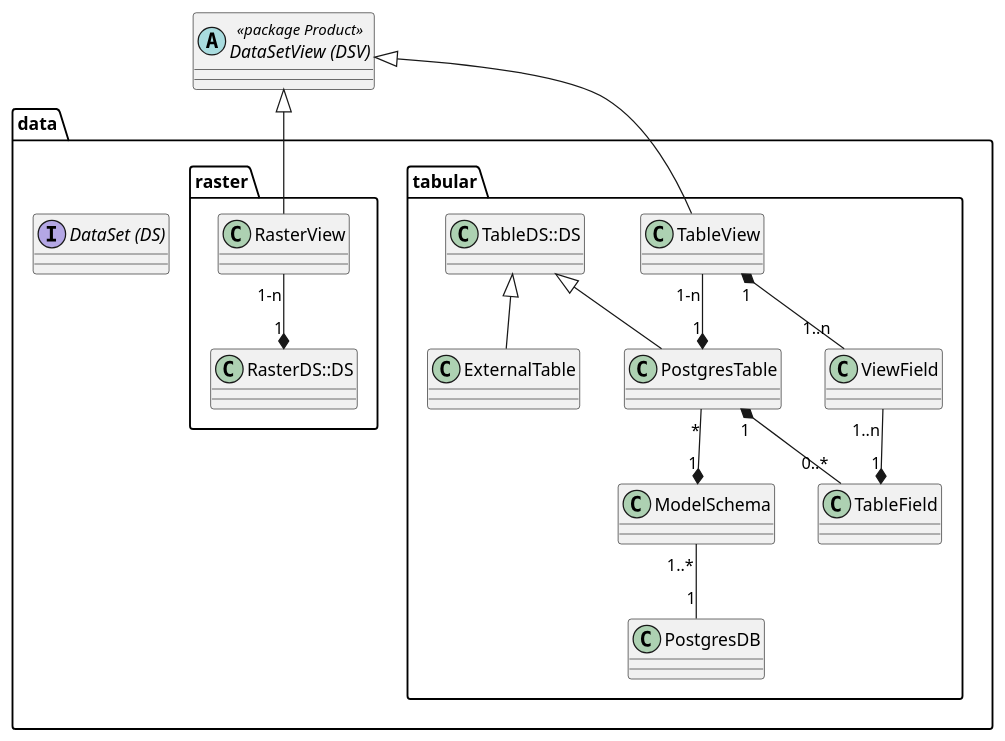
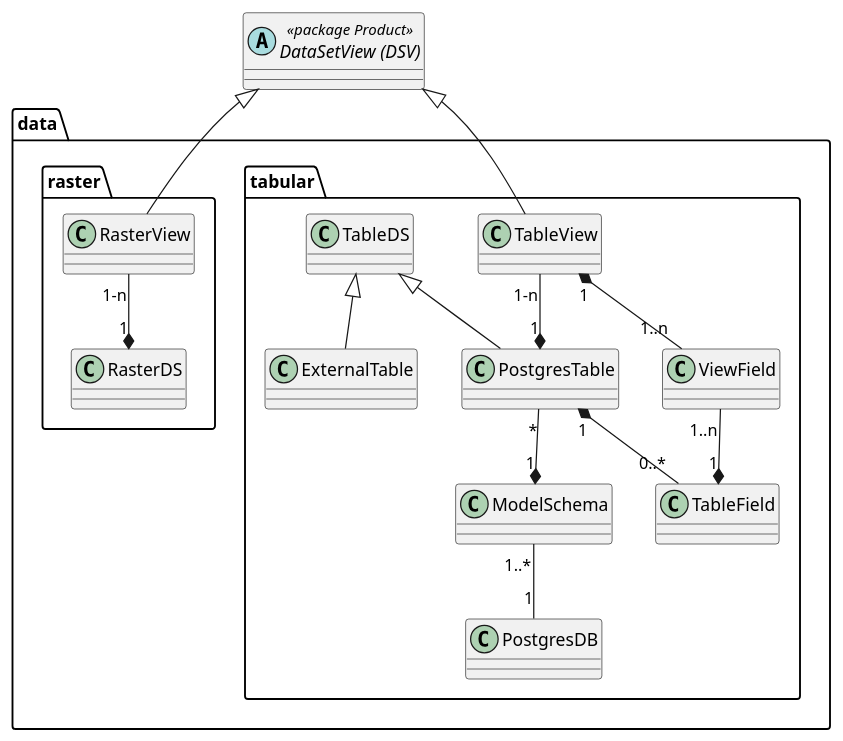
The diagram in code/doc/puml/src/data.puml (sogis/simi), drawn with PlantUML before and after one commit. The commit also changed 3 other files, not shown here.

```diff
--- a/code/doc/puml/src/data.puml
+++ b/code/doc/puml/src/data.puml
@@ -1,44 +1,40 @@
 @startuml
 abstract class "DataSetView (DSV)" as dsv << package Product >>
 
 package data {
 
-    interface "DataSet (DS)" as ds
-
     package tabular {
         class "TableView" as tv
-        class "TableDS::DS" as tds
+        class "TableDS" as tds
         class "PostgresTable" as pt
         class "ExternalTable" as et
         class "PostgresDB" as pdb
         class "TableField" as tf
         class "ViewField" as vf
         class "ModelSchema" as ms
 
         tds <|-- pt
         tds <|-- et
 
         tv "1-n" --* "1" pt
 
         pt "*" --* "1" ms
         pt "1" *-- "0..*" tf
 
         tv "1" *-- "1..n" vf
         vf "1..n" --* "1" tf
 
         ms "1..*" -- "1" pdb
     }
 
     package "raster"{
         class "RasterView" as rv
-        class "RasterDS::DS" as rds
+        class "RasterDS" as rds
 
         rv "1-n" --* "1" rds
     }
 
     dsv <|-- tv
     dsv <|-- rv
-
-    dsv -[hidden]-> ds
 }
 @enduml
```
